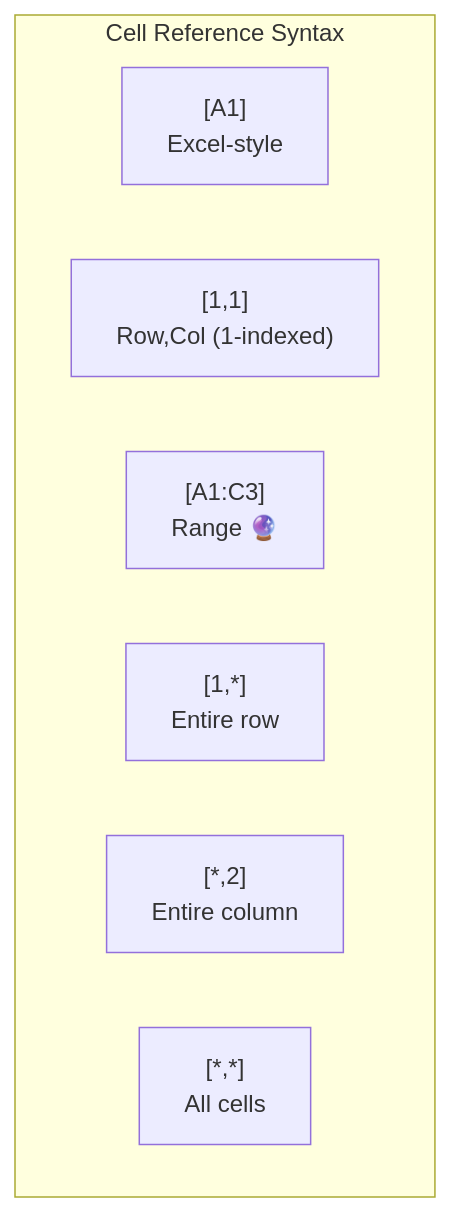
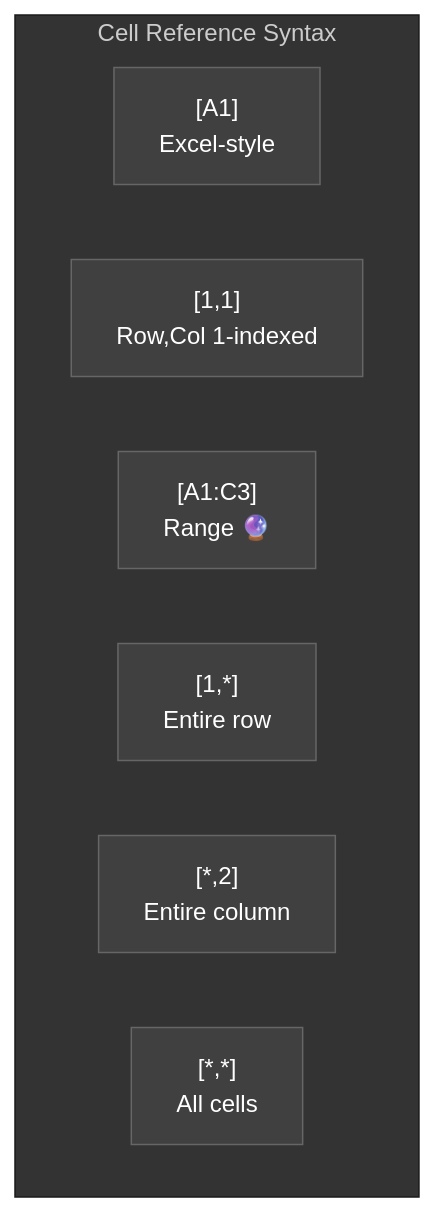
One commit to visionik/sedmat changed the sixth of 8 diagrams in README.md. Above: the diagram before and after it, drawn with Mermaid. The commit also changed other lines of this file, not shown here.

First line of the commit message:
fix: escape special chars in Mermaid diagrams and apply dark theme

````diff
--- a/README.md
+++ b/README.md
@@ -431,11 +436,12 @@
 ```mermaid
+%%{init: {'theme': 'base', 'themeVariables': { 'primaryColor': '#404040', 'primaryTextColor': '#ffffff', 'primaryBorderColor': '#666666', 'lineColor': '#888888', 'secondaryColor': '#505050', 'tertiaryColor': '#333333', 'background': '#1a1a1a' }}}%%
 graph TB
     subgraph "Cell Reference Syntax"
-        A["[A1]<br/>Excel-style"] 
-        B["[1,1]<br/>Row,Col (1-indexed)"]
-        D["[A1:C3]<br/>Range 🔮"]
-        E["[1,*]<br/>Entire row"]
-        F["[*,2]<br/>Entire column"]
-        G["[*,*]<br/>All cells"]
+        A["#91;A1#93;<br/>Excel-style"] 
+        B["#91;1,1#93;<br/>Row,Col 1-indexed"]
+        D["#91;A1:C3#93;<br/>Range 🔮"]
+        E["#91;1,*#93;<br/>Entire row"]
+        F["#91;*,2#93;<br/>Entire column"]
+        G["#91;*,*#93;<br/>All cells"]
     end
 ```
````
